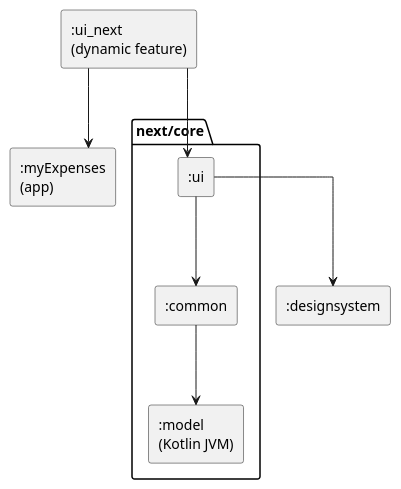
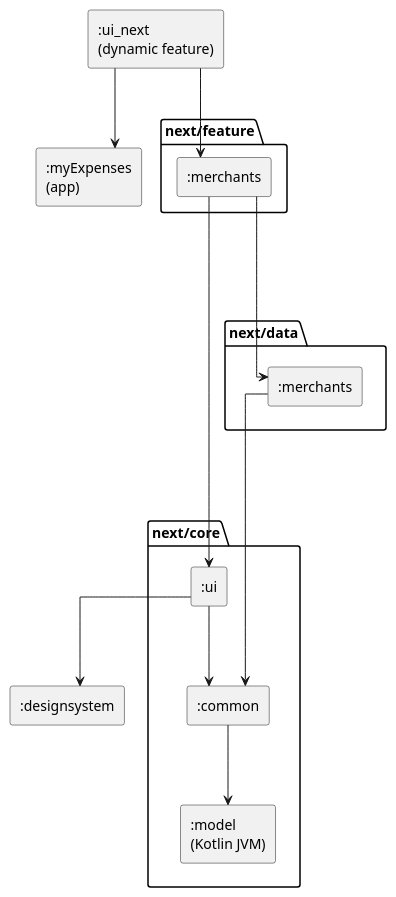
One commit to castn/MyExpenses changed the diagram in ui_next/modules.puml. Above: the diagram before and after it, drawn with PlantUML. The commit also changed 9 other files, not shown here.

```diff
--- a/ui_next/modules.puml
+++ b/ui_next/modules.puml
@@ -1,25 +1,41 @@
 @startuml modules
 ' Generated by the task moduleGraph of build-logic (ModuleGraphPlugin), do not edit.
 ' Dependencies between the modules of the new UI, rule `mod-diagram` of ARCHITECTURE.md.
 ' An edge that follows from a longer path is left out.
 skinparam componentStyle rectangle
 skinparam linetype ortho
 skinparam ranksep 80
 top to bottom direction
 
 [:designsystem] as mDesignsystem
 [:myExpenses\n(app)] as mMyExpenses
 [:ui_next\n(dynamic feature)] as mUiNext
 
 package "next/core" as pNextCore {
     [:common] as mNextCoreCommon
     [:model\n(Kotlin JVM)] as mNextCoreModel
     [:ui] as mNextCoreUi
 }
 
+package "next/data" as pNextData {
+    [:merchants] as mNextDataMerchants
+}
+
+package "next/feature" as pNextFeature {
+    [:merchants] as mNextFeatureMerchants
+}
+
+' Layout only
+mNextDataMerchants -[hidden]--> pNextCore
+mNextFeatureMerchants -[hidden]--> pNextCore
+mNextFeatureMerchants -[hidden]--> pNextData
+
 mNextCoreCommon --> mNextCoreModel
 mNextCoreUi --> mDesignsystem
 mNextCoreUi --> mNextCoreCommon
+mNextDataMerchants --> mNextCoreCommon
+mNextFeatureMerchants --> mNextCoreUi
+mNextFeatureMerchants --> mNextDataMerchants
 mUiNext --> mMyExpenses
-mUiNext --> mNextCoreUi
+mUiNext --> mNextFeatureMerchants
 @enduml
```
